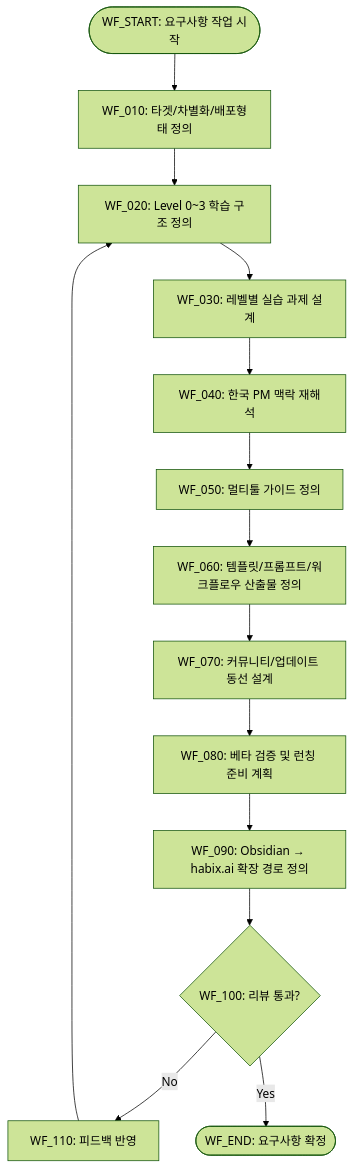
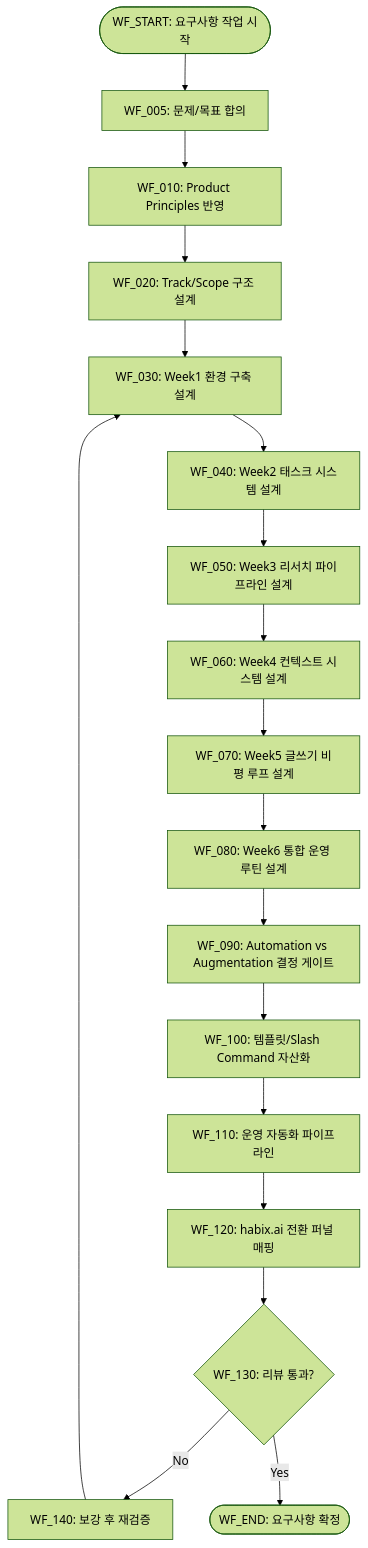
One commit to kimsanguine/agent changed the first of 2 diagrams in 260217_ai_pm/docs/prd/PRD-ccforpms-한글-가이드북-prd-요구사항-v2.md. Above: the diagram before and after it, drawn with Mermaid (forest theme). The commit also changed other lines of this file and 2 other files, not shown here.

First line of the commit message:
docs: align PRD v2.3 with 6-week Claude Code program

````diff
--- a/260217_ai_pm/docs/prd/PRD-ccforpms-한글-가이드북-prd-요구사항-v2.md
+++ b/260217_ai_pm/docs/prd/PRD-ccforpms-한글-가이드북-prd-요구사항-v2.md
@@ -104,16 +202,23 @@
 ```mermaid
 flowchart TD
-  WF_START([WF_START: 요구사항 작업 시작]) --> WF_010[WF_010: 타겟/차별화/배포형태 정의]
-  WF_010 --> WF_020[WF_020: Level 0~3 학습 구조 정의]
-  WF_020 --> WF_030[WF_030: 레벨별 실습 과제 설계]
-  WF_030 --> WF_040[WF_040: 한국 PM 맥락 재해석]
-  WF_040 --> WF_050[WF_050: 멀티툴 가이드 정의]
-  WF_050 --> WF_060[WF_060: 템플릿/프롬프트/워크플로우 산출물 정의]
-  WF_060 --> WF_070[WF_070: 커뮤니티/업데이트 동선 설계]
-  WF_070 --> WF_080[WF_080: 베타 검증 및 런칭 준비 계획]
-  WF_080 --> WF_090[WF_090: Obsidian → habix.ai 확장 경로 정의]
-  WF_090 --> WF_100{WF_100: 리뷰 통과?}
-  WF_100 -- No --> WF_110[WF_110: 피드백 반영]
-  WF_110 --> WF_020
-  WF_100 -- Yes --> WF_END([WF_END: 요구사항 확정])
+  WF_START([WF_START: 요구사항 작업 시작]) --> WF_005[WF_005: 문제/목표 합의]
+  WF_005 --> WF_010[WF_010: Product Principles 반영]
+  WF_010 --> WF_020[WF_020: Track/Scope 구조 설계]
+
+  WF_020 --> WF_030[WF_030: Week1 환경 구축 설계]
+  WF_030 --> WF_040[WF_040: Week2 태스크 시스템 설계]
+  WF_040 --> WF_050[WF_050: Week3 리서치 파이프라인 설계]
+  WF_050 --> WF_060[WF_060: Week4 컨텍스트 시스템 설계]
+  WF_060 --> WF_070[WF_070: Week5 글쓰기 비평 루프 설계]
+  WF_070 --> WF_080[WF_080: Week6 통합 운영 루틴 설계]
+
+  WF_080 --> WF_090[WF_090: Automation vs Augmentation 결정 게이트]
+  WF_090 --> WF_100[WF_100: 템플릿/Slash Command 자산화]
+  WF_100 --> WF_110[WF_110: 운영 자동화 파이프라인]
+  WF_110 --> WF_120[WF_120: habix.ai 전환 퍼널 매핑]
+
+  WF_120 --> WF_130{WF_130: 리뷰 통과?}
+  WF_130 -- No --> WF_140[WF_140: 보강 후 재검증]
+  WF_140 --> WF_030
+  WF_130 -- Yes --> WF_END([WF_END: 요구사항 확정])
 ```
````
